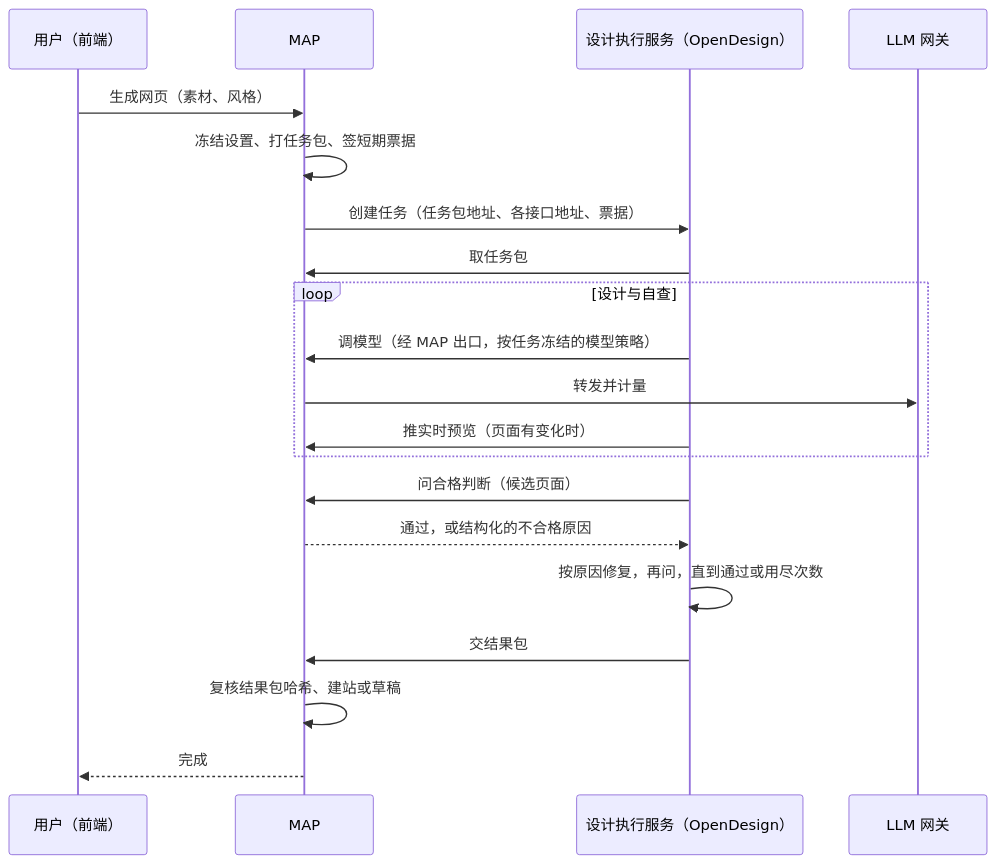
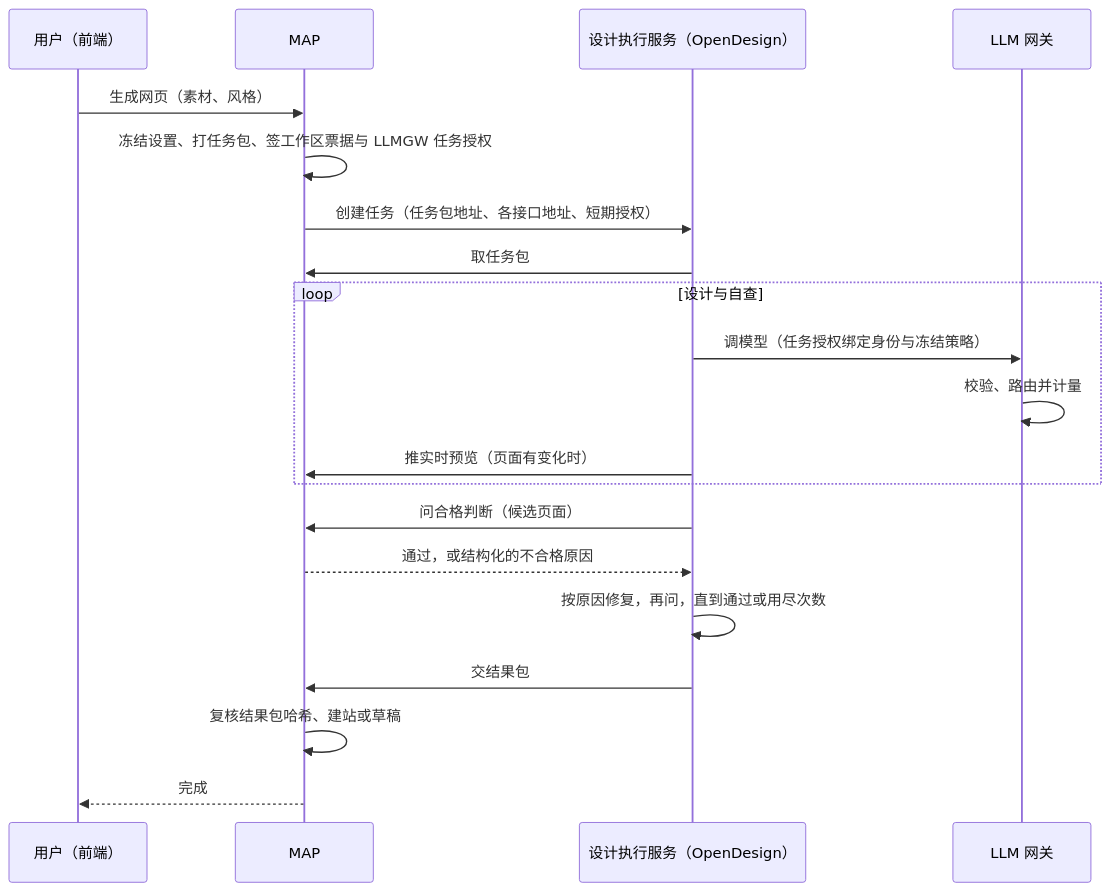
One commit to inernoro/prd_agent changed the diagram in doc/design.platform.design-runtime.md. Above: the diagram before and after it, drawn with Mermaid. The commit also changed other lines of this file and 36 other files, not shown here.

````diff
--- a/doc/design.platform.design-runtime.md
+++ b/doc/design.platform.design-runtime.md
@@ -34,22 +35,22 @@
 ```mermaid
 sequenceDiagram
   participant U as 用户（前端）
   participant M as MAP
   participant R as 设计执行服务（OpenDesign）
   participant G as LLM 网关
   U->>M: 生成网页（素材、风格）
-  M->>M: 冻结设置、打任务包、签短期票据
-  M->>R: 创建任务（任务包地址、各接口地址、票据）
+  M->>M: 冻结设置、打任务包、签工作区票据与 LLMGW 任务授权
+  M->>R: 创建任务（任务包地址、各接口地址、短期授权）
   R->>M: 取任务包
   loop 设计与自查
-    R->>M: 调模型（经 MAP 出口，按任务冻结的模型策略）
-    M->>G: 转发并计量
+    R->>G: 调模型（任务授权绑定身份与冻结策略）
+    G->>G: 校验、路由并计量
     R->>M: 推实时预览（页面有变化时）
   end
   R->>M: 问合格判断（候选页面）
   M-->>R: 通过，或结构化的不合格原因
   R->>R: 按原因修复，再问，直到通过或用尽次数
   R->>M: 交结果包
   M->>M: 复核结果包哈希、建站或草稿
   M-->>U: 完成
 ```
````
